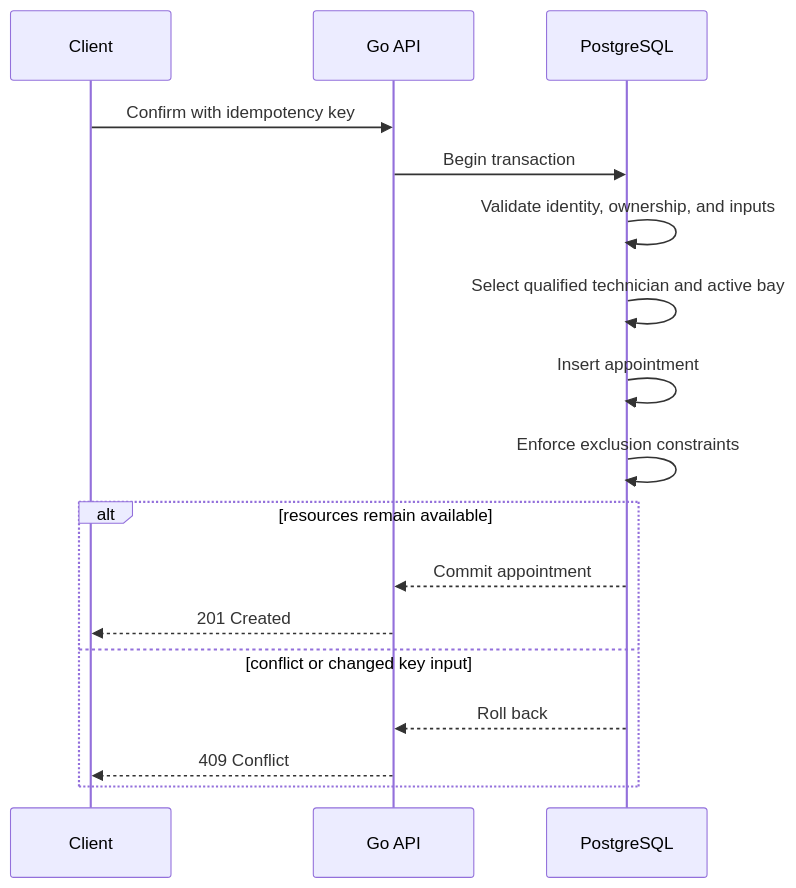
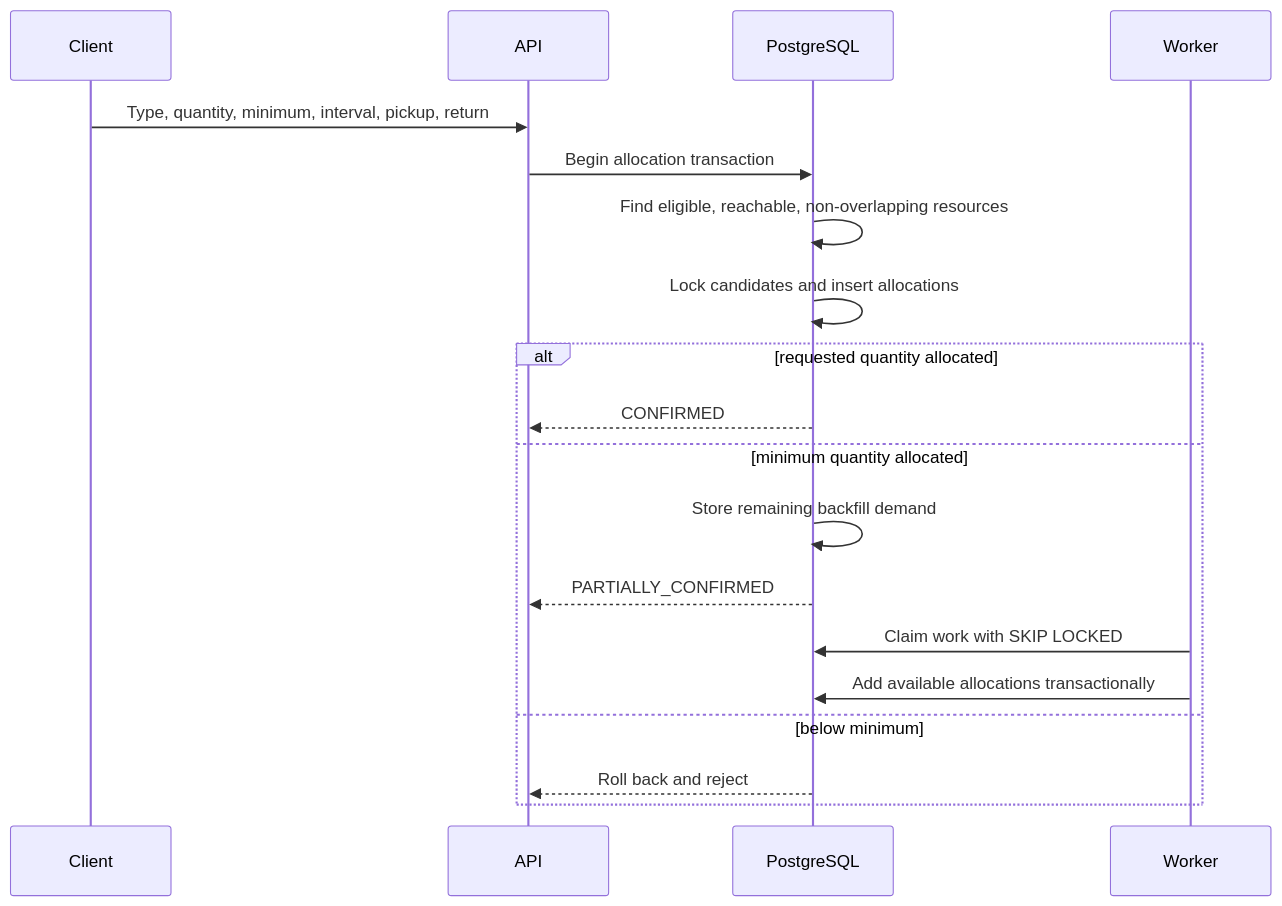
One commit to trmaphi/booking-scheduler changed the fourth of 6 diagrams in docs/system-design.md. Above: the diagram before and after it, drawn with Mermaid. The commit also changed other lines of this file and 1 other file, not shown here.

````diff
--- a/docs/system-design.md
+++ b/docs/system-design.md
@@ -54,20 +113,22 @@
 ```mermaid
 sequenceDiagram
     participant Client
-    participant API as Go API
+    participant API
     participant DB as PostgreSQL
+    participant Worker
 
-    Client->>API: Confirm with idempotency key
-    API->>DB: Begin transaction
-    DB->>DB: Validate identity, ownership, and inputs
-    DB->>DB: Select qualified technician and active bay
-    DB->>DB: Insert appointment
-    DB->>DB: Enforce exclusion constraints
-    alt resources remain available
-        DB-->>API: Commit appointment
-        API-->>Client: 201 Created
-    else conflict or changed key input
-        DB-->>API: Roll back
-        API-->>Client: 409 Conflict
+    Client->>API: Type, quantity, minimum, interval, pickup, return
+    API->>DB: Begin allocation transaction
+    DB->>DB: Find eligible, reachable, non-overlapping resources
+    DB->>DB: Lock candidates and insert allocations
+    alt requested quantity allocated
+        DB-->>API: CONFIRMED
+    else minimum quantity allocated
+        DB->>DB: Store remaining backfill demand
+        DB-->>API: PARTIALLY_CONFIRMED
+        Worker->>DB: Claim work with SKIP LOCKED
+        Worker->>DB: Add available allocations transactionally
+    else below minimum
+        DB-->>API: Roll back and reject
     end
 ```
````
